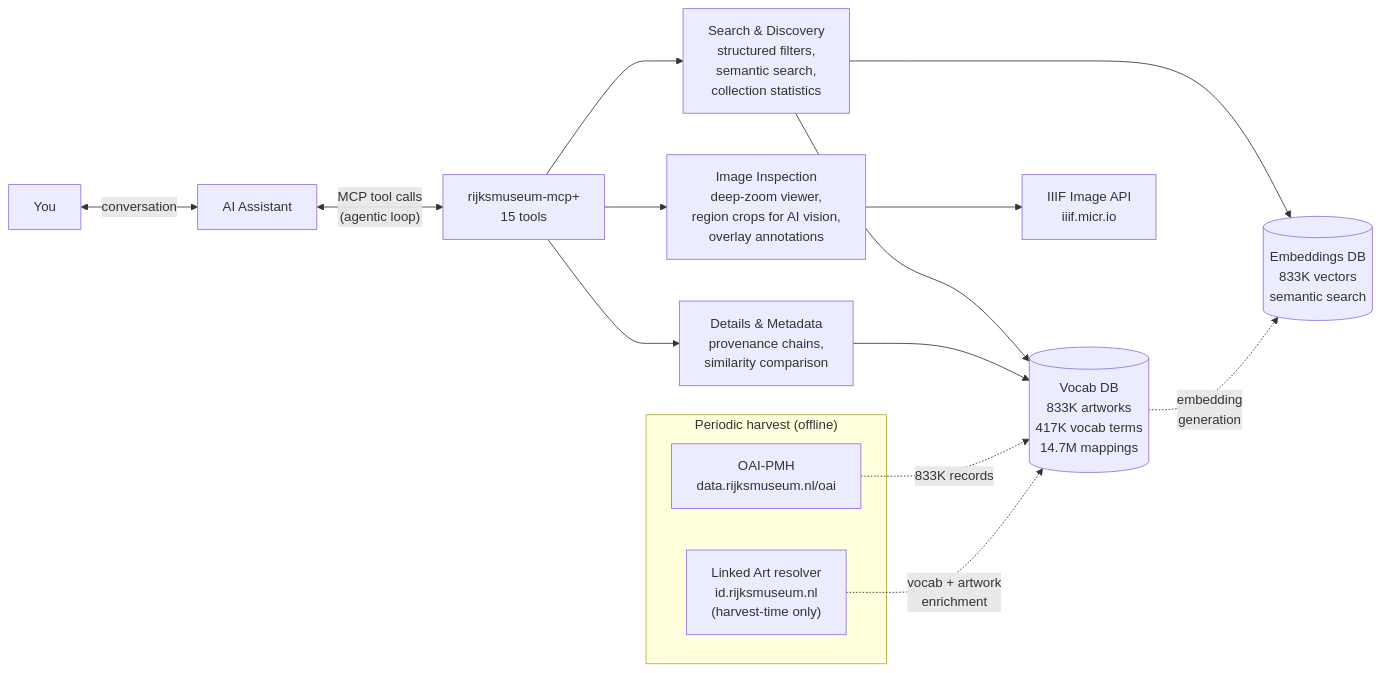
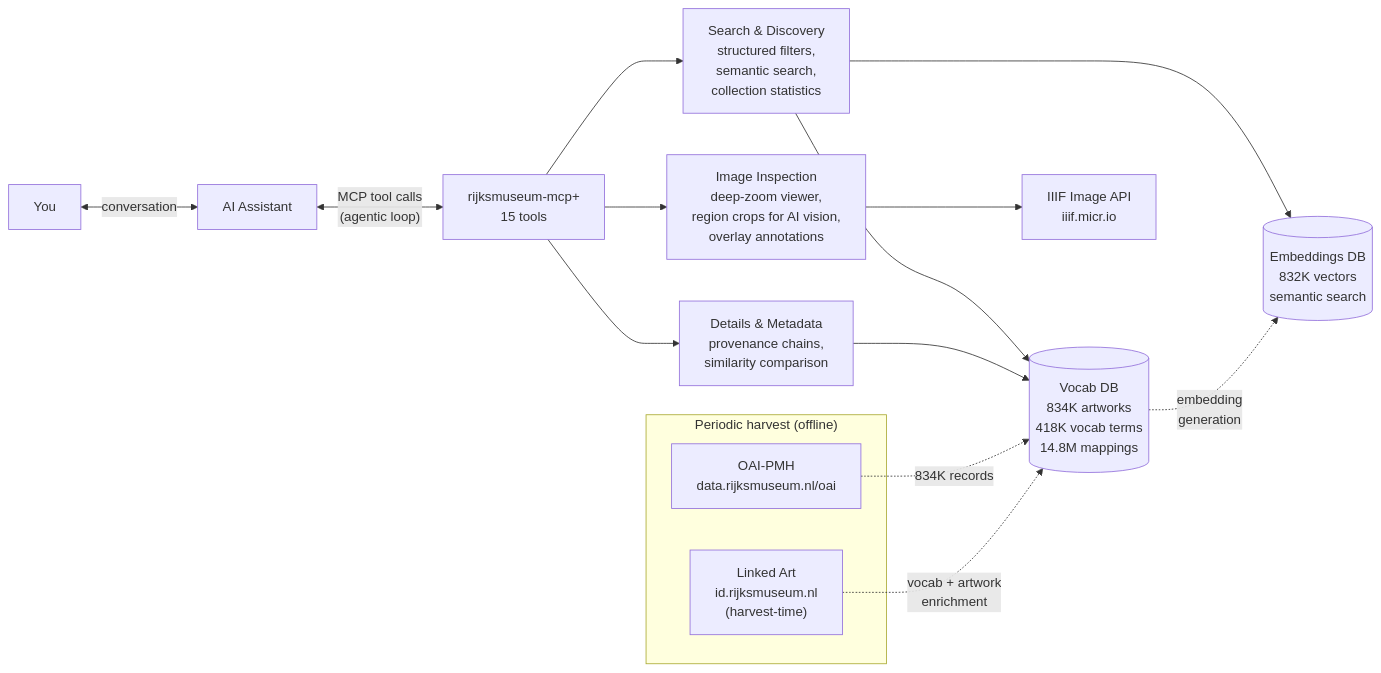
Before and after one commit to kintopp/rijksmuseum-mcp-plus: the diagram in README.md, drawn with Mermaid. The commit also changed other lines of this file and 5 other files, not shown here.

First line of the commit message:
docs: align README + reference docs with v0.50-prep schema and v0.40 counts

````diff
--- a/README.md
+++ b/README.md
@@ -103,46 +103,46 @@
 ```mermaid
 flowchart LR
     User["You"] <-->|conversation| AI["AI Assistant"]
 
     AI <-->|"MCP tool calls
     (agentic loop)"| Server["rijksmuseum-mcp+
     15 tools"]
 
     Server --> Search["Search & Discovery
     structured filters,
     semantic search,
     collection statistics"]
 
     Server --> Details["Details & Metadata
     provenance chains,
     similarity comparison"]
 
     Server --> Images["Image Inspection
     deep-zoom viewer,
     region crops for AI vision,
     overlay annotations"]
 
     Search --> VocabDB[("Vocab DB
-    833K artworks
-    417K vocab terms
-    14.7M mappings")]
+    834K artworks
+    418K vocab terms
+    14.8M mappings")]
     Search --> EmbeddingsDB[("Embeddings DB
-    833K vectors
+    832K vectors
     semantic search")]
     Details --> VocabDB
     Images --> IIIF["IIIF Image API
     iiif.micr.io"]
 
     subgraph Harvest ["Periodic harvest (offline)"]
         OAI["OAI-PMH
         data.rijksmuseum.nl/oai"]
-        LA["Linked Art resolver
+        LA["Linked Art
         id.rijksmuseum.nl
-        (harvest-time only)"]
+        (harvest-time)"]
     end
-    OAI -.->|"833K records"| VocabDB
+    OAI -.->|"834K records"| VocabDB
     LA -.->|"vocab + artwork
     enrichment"| VocabDB
     VocabDB -.->|"embedding
     generation"| EmbeddingsDB
 ```
````
